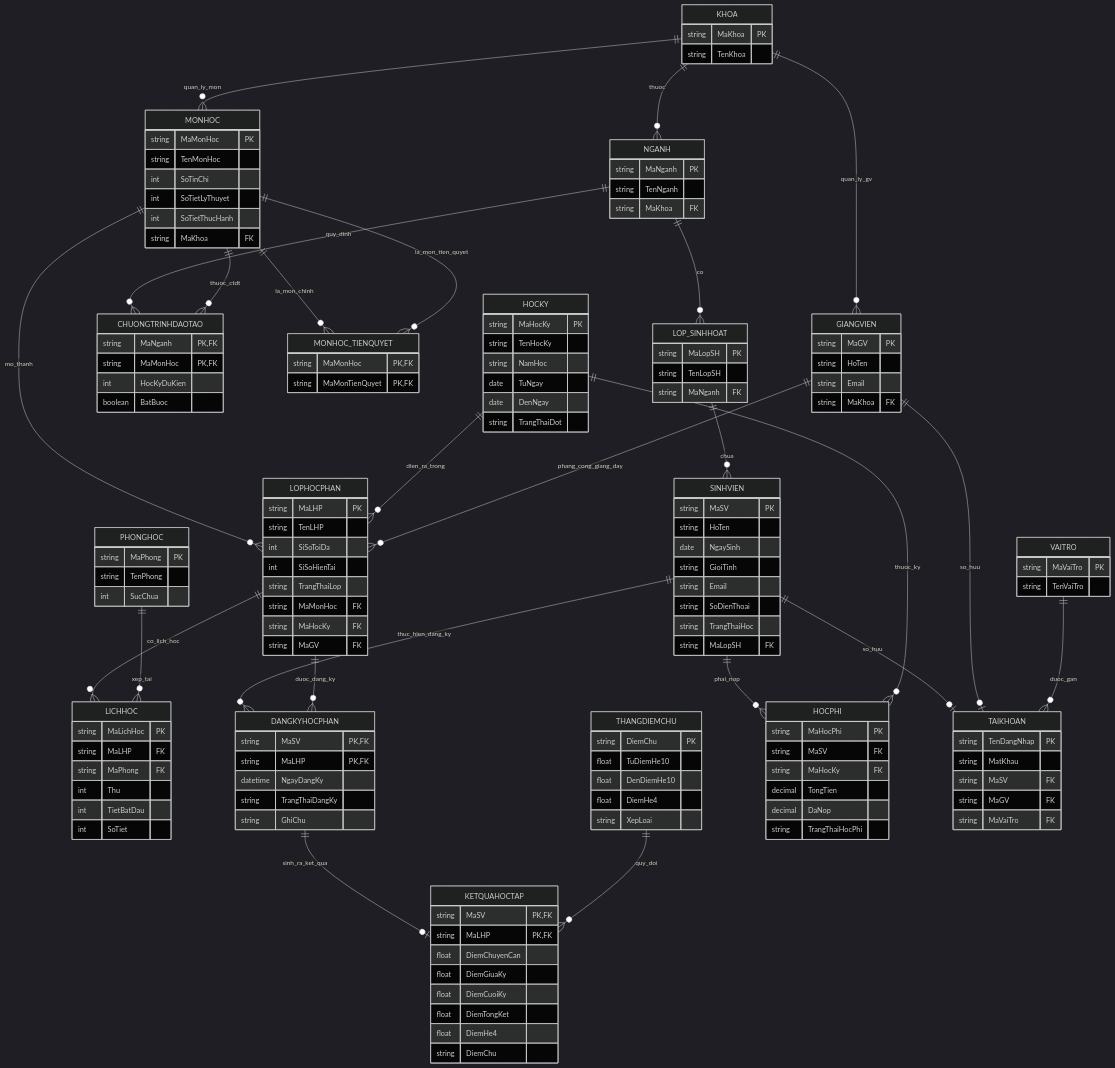
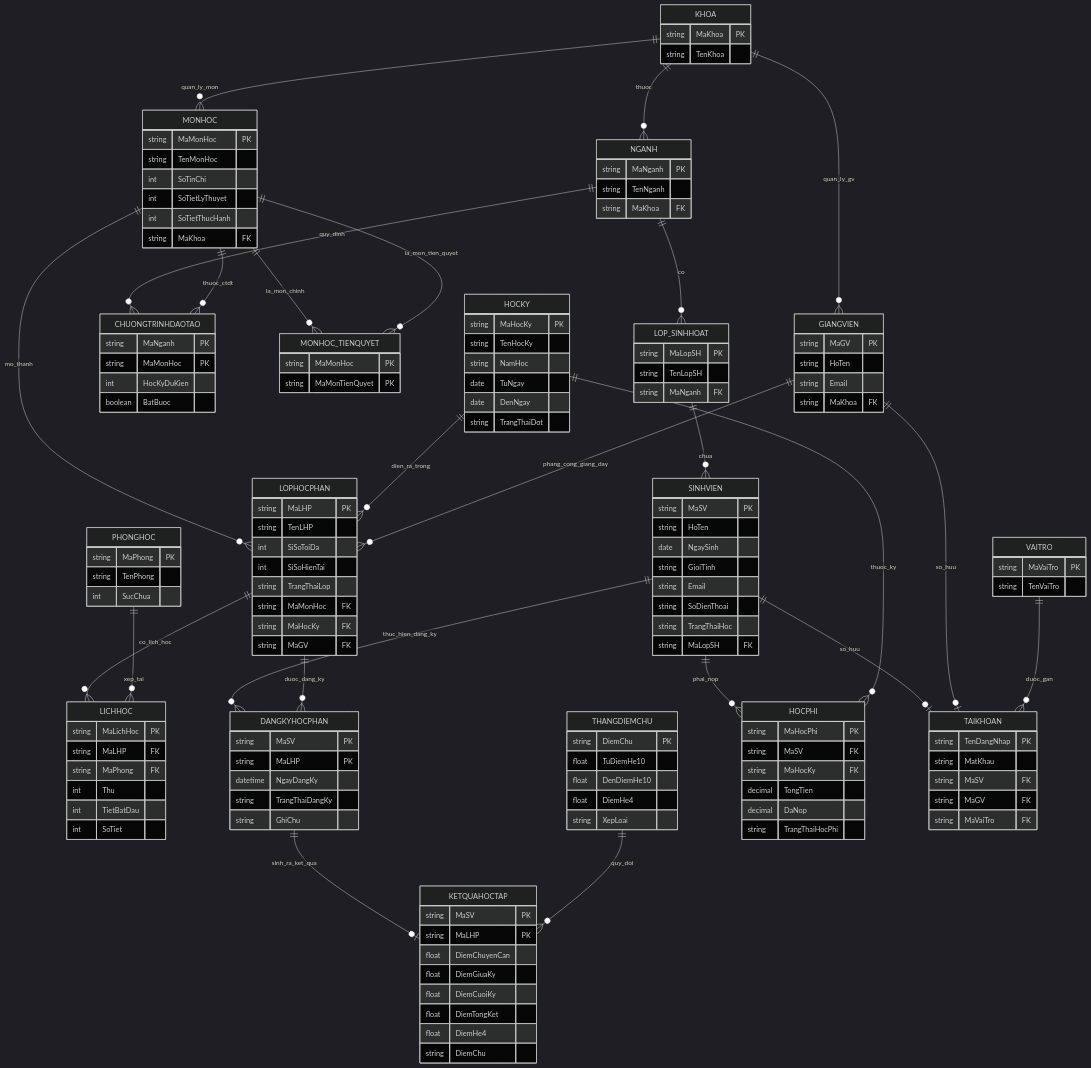
The diagram in docs/erd_dangky_hocphan.md (ngnsusinn/student-course-registration-management), drawn with Mermaid (dark theme) before and after one commit.

```diff
--- a/docs/erd_dangky_hocphan.md
+++ b/docs/erd_dangky_hocphan.md
@@ -72,8 +72,8 @@
     }
 
     CHUONGTRINHDAOTAO {
-        string MaNganh PK, FK
-        string MaMonHoc PK, FK
+        string MaNganh PK
+        string MaMonHoc PK
         int HocKyDuKien
         boolean BatBuoc
     }
@@ -91,8 +91,8 @@
     }
 
     MONHOC_TIENQUYET {
-        string MaMonHoc PK, FK
-        string MaMonTienQuyet PK, FK
+        string MaMonHoc PK
+        string MaMonTienQuyet PK
     }
 
     HOCKY {
@@ -141,8 +141,8 @@
     %% MODULE 3: ĐĂNG KÝ HỌC PHẦN (CENTER)
     %% ==========================================
     DANGKYHOCPHAN {
-        string MaSV PK, FK
-        string MaLHP PK, FK
+        string MaSV PK
+        string MaLHP PK
         datetime NgayDangKy
         string TrangThaiDangKy
         string GhiChu
@@ -152,8 +152,8 @@
     %% MODULE 4: ĐIỂM SỐ & KẾT QUẢ HỌC TẬP
     %% ==========================================
     KETQUAHOCTAP {
-        string MaSV PK, FK
-        string MaLHP PK, FK
+        string MaSV PK
+        string MaLHP PK
         float DiemChuyenCan
         float DiemGiuaKy
         float DiemCuoiKy
```
